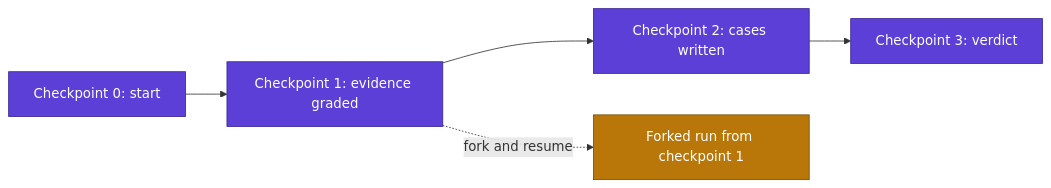
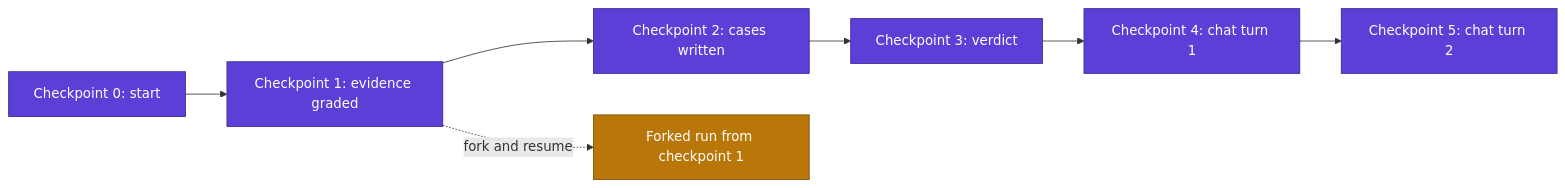
One commit to 24f2000777/claim-court changed the eighth of 8 diagrams in README.md. Above: the diagram before and after it, drawn with Mermaid. The commit also changed other lines of this file and 1 other file, not shown here.

Commit message:
Update README for chat and conversations, broaden gitignore

````diff
--- a/README.md
+++ b/README.md
@@ -386,12 +412,14 @@
 ```mermaid
 flowchart LR
     C0["Checkpoint 0: start"] --> C1["Checkpoint 1: evidence graded"]
     C1 --> C2["Checkpoint 2: cases written"]
     C2 --> C3["Checkpoint 3: verdict"]
+    C3 --> C4["Checkpoint 4: chat turn 1"]
+    C4 --> C5["Checkpoint 5: chat turn 2"]
     C1 -. "fork and resume" .-> F1["Forked run from checkpoint 1"]
 
     classDef a fill:#5B3FD6,stroke:#3B2696,color:#fff
     classDef f fill:#B9770A,stroke:#7A4E06,color:#fff
-    class C0,C1,C2,C3 a
+    class C0,C1,C2,C3,C4,C5 a
     class F1 f
 ```
````
